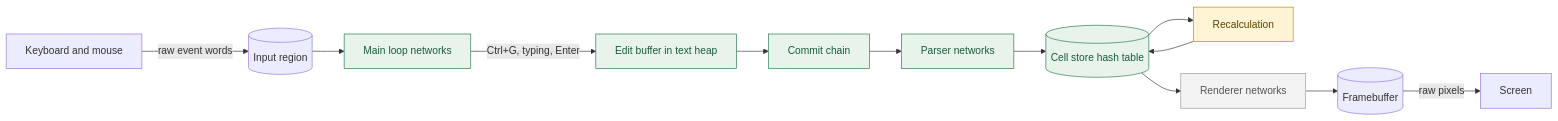
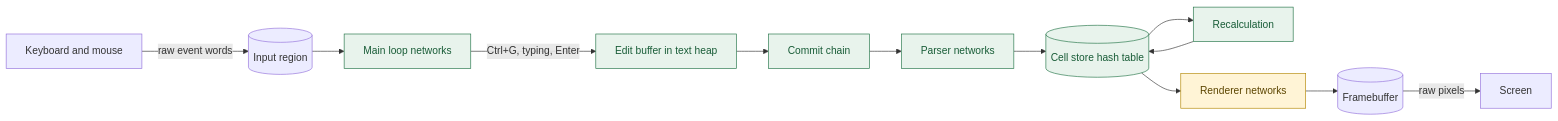
Before and after one commit to dirktheeng/WeightSpaceExcel: the first of 2 diagrams in README.md, drawn with Mermaid. The commit also changed other lines of this file and 51 other files, not shown here.

````diff
--- a/README.md
+++ b/README.md
@@ -15,21 +15,21 @@
 ```mermaid
 flowchart LR
     K[Keyboard and mouse] -->|raw event words| IN[(Input region)]
     IN --> ML[Main loop networks]
     ML -->|Ctrl+G, typing, Enter| ED[Edit buffer in text heap]
     ED --> CM[Commit chain]
     CM --> P[Parser networks]
     P --> CS[(Cell store hash table)]
     CS --> CALC[Recalculation]
     CALC --> CS
     CS --> R[Renderer networks]
     R --> FB[(Framebuffer)]
     FB -->|raw pixels| SCREEN[Screen]
     classDef done fill:#e8f3ec,stroke:#217346,color:#185c37;
     classDef wip fill:#fff4d6,stroke:#b38600,color:#5c4500;
     classDef todo fill:#f3f3f3,stroke:#999,color:#555;
     class ML,ED,CM,CS done;
     class P done;
-    class CALC wip;
-    class R todo;
+    class CALC done;
+    class R wip;
 ```
````
